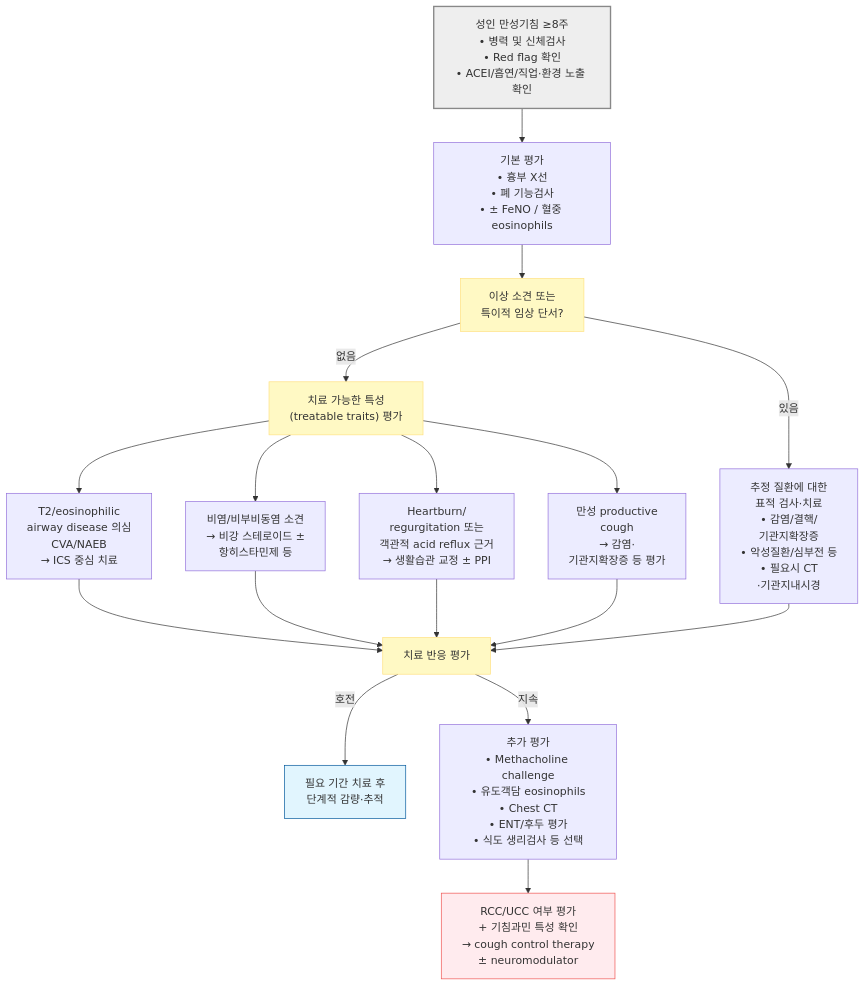
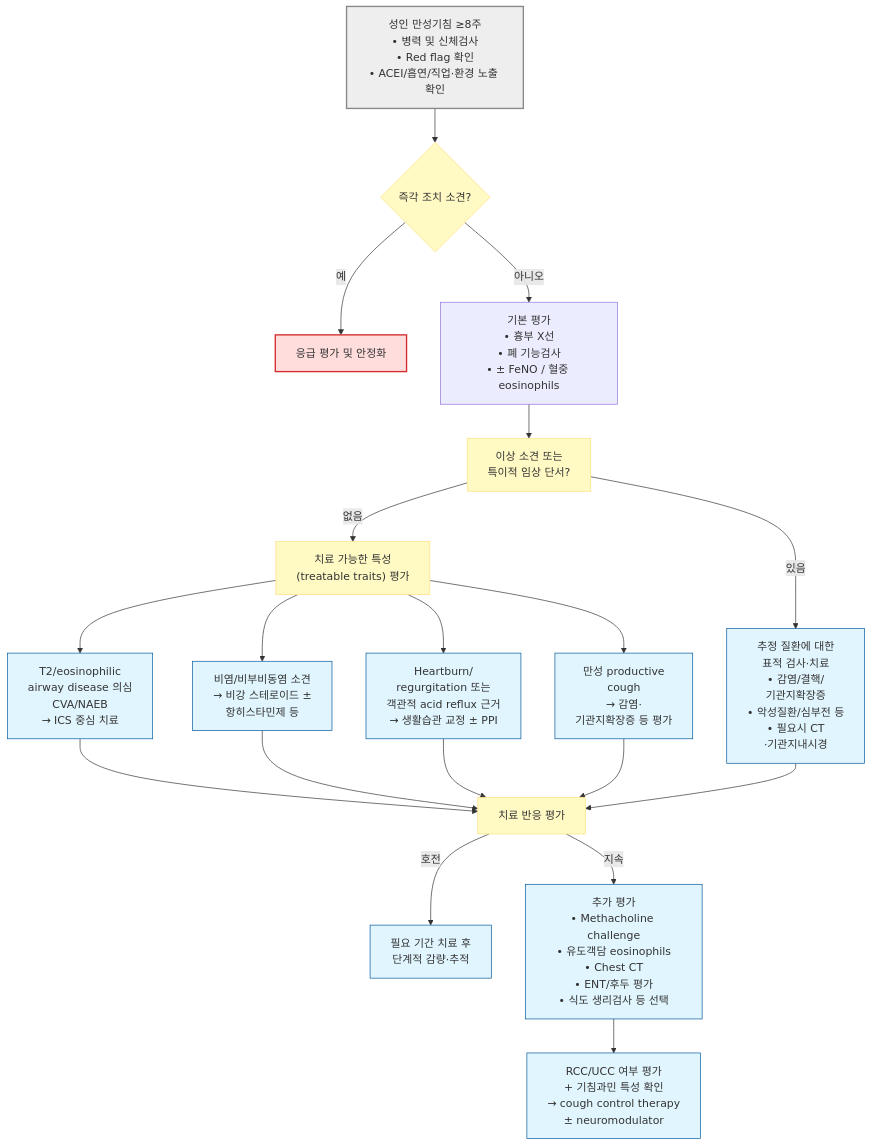
One commit to familyoh77/familyoh77 changed the third of 3 diagrams in 220_/006_-cough.md. Above: the diagram before and after it, drawn with Mermaid. The commit also changed other lines of this file and 13 other files, not shown here.

````diff
--- a/220_/006_-cough.md
+++ b/220_/006_-cough.md
@@ -280,26 +274,31 @@
 ```mermaid
 graph TD
     Start["성인 만성기침 ≥8주<br/>• 병력 및 신체검사<br/>• Red flag 확인<br/>• ACEI/흡연/직업·환경 노출 확인"]
-    Start --> Basic["기본 평가<br/>• 흉부 X선<br/>• 폐 기능검사<br/>• ± FeNO / 혈중 eosinophils"]
+    Start --> Urgent{"즉각 조치 소견?"}
+    Urgent -- "예" --> Emergency["응급 평가 및 안정화"]
+    Urgent -- "아니오" --> Basic["기본 평가<br/>• 흉부 X선<br/>• 폐 기능검사<br/>• ± FeNO / 혈중 eosinophils"]
     Basic --> Abnormal["이상 소견 또는<br/>특이적 임상 단서?"]
     Abnormal -- "있음" --> Specific["추정 질환에 대한 <br/>표적 검사·치료<br/>• 감염/결핵/<br/>기관지확장증<br/>• 악성질환/심부전 등<br/>• 필요시 CT<br/>·기관지내시경"]
     Abnormal -- "없음" --> Traits["치료 가능한 특성<br/>(treatable traits) 평가"]
     Traits --> Eos["T2/eosinophilic <br/>airway disease 의심<br/>CVA/NAEB <br/>→ ICS 중심 치료"]
     Traits --> Upper["비염/비부비동염 소견<br/>→ 비강 스테로이드 ±<br/> 항히스타민제 등"]
     Traits --> Reflux["Heartburn/<br/>regurgitation 또는<br/>객관적 acid reflux 근거<br/>→ 생활습관 교정 ± PPI"]
     Traits --> Productive["만성 productive <br/>cough<br/>→ 감염·<br/> 기관지확장증 등 평가"]
     Eos --> FU["치료 반응 평가"]
     Upper --> FU
     Reflux --> FU
     Productive --> FU
     Specific --> FU
     FU -- "호전" --> Maintain["필요 기간 치료 후 <br/> 단계적 감량·추적"]
     FU -- "지속" --> Add["추가 평가<br/>• Methacholine challenge<br/>• 유도객담 eosinophils<br/>• Chest CT<br/>• ENT/후두 평가<br/>• 식도 생리검사 등 선택"]
     Add --> RCC["RCC/UCC 여부 평가<br/>+ 기침과민 특성 확인<br/>→ cough control therapy<br/>± neuromodulator"]
     style Start fill:#eeeeee,stroke:#888888,stroke-width:2px
     style Abnormal fill:#fff9c4,stroke:#ffe082
     style Traits fill:#fff9c4,stroke:#ffe082
     style FU fill:#fff9c4,stroke:#ffe082
-    style RCC fill:#ffebee,stroke:#ef5350
+    style Urgent fill:#fff9c4,stroke:#ffe082
+    style Emergency fill:#ffdddd,stroke:#d32f2f,stroke-width:2px
+    classDef treatment fill:#e1f5fe,stroke:#01579b
+    class Specific,Eos,Upper,Reflux,Productive,Add,RCC treatment
     style Maintain fill:#e1f5fe,stroke:#01579b
 ```
````
